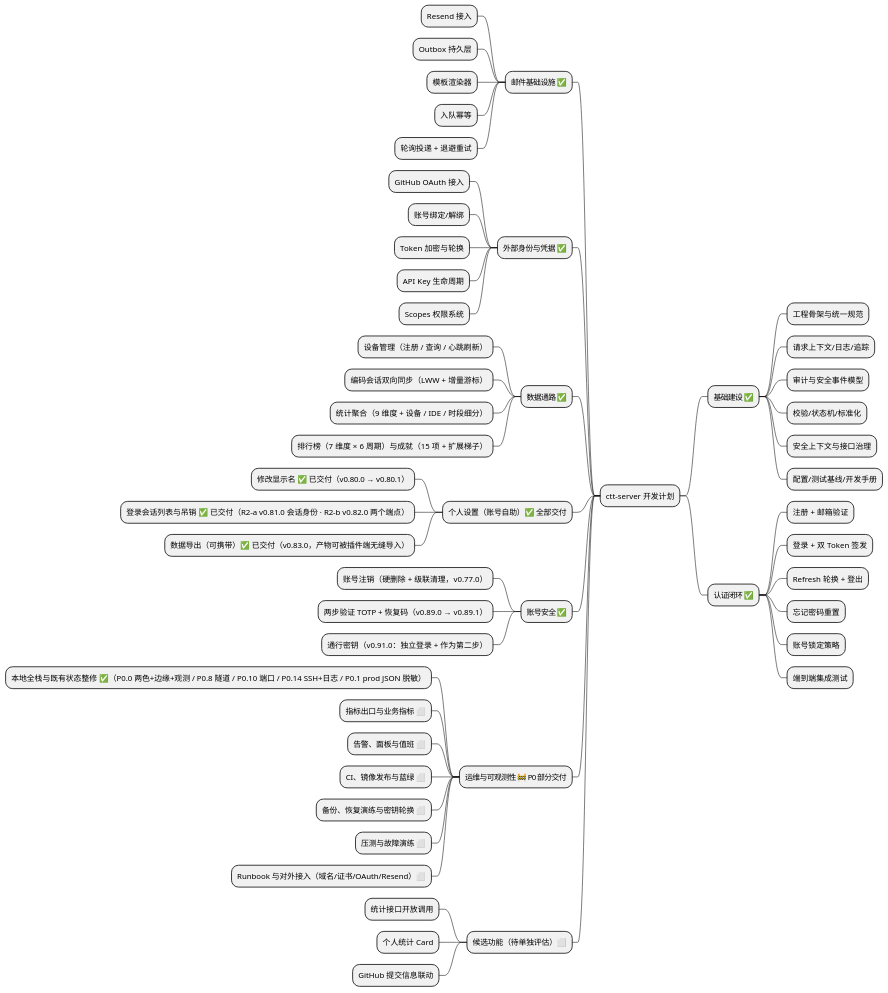
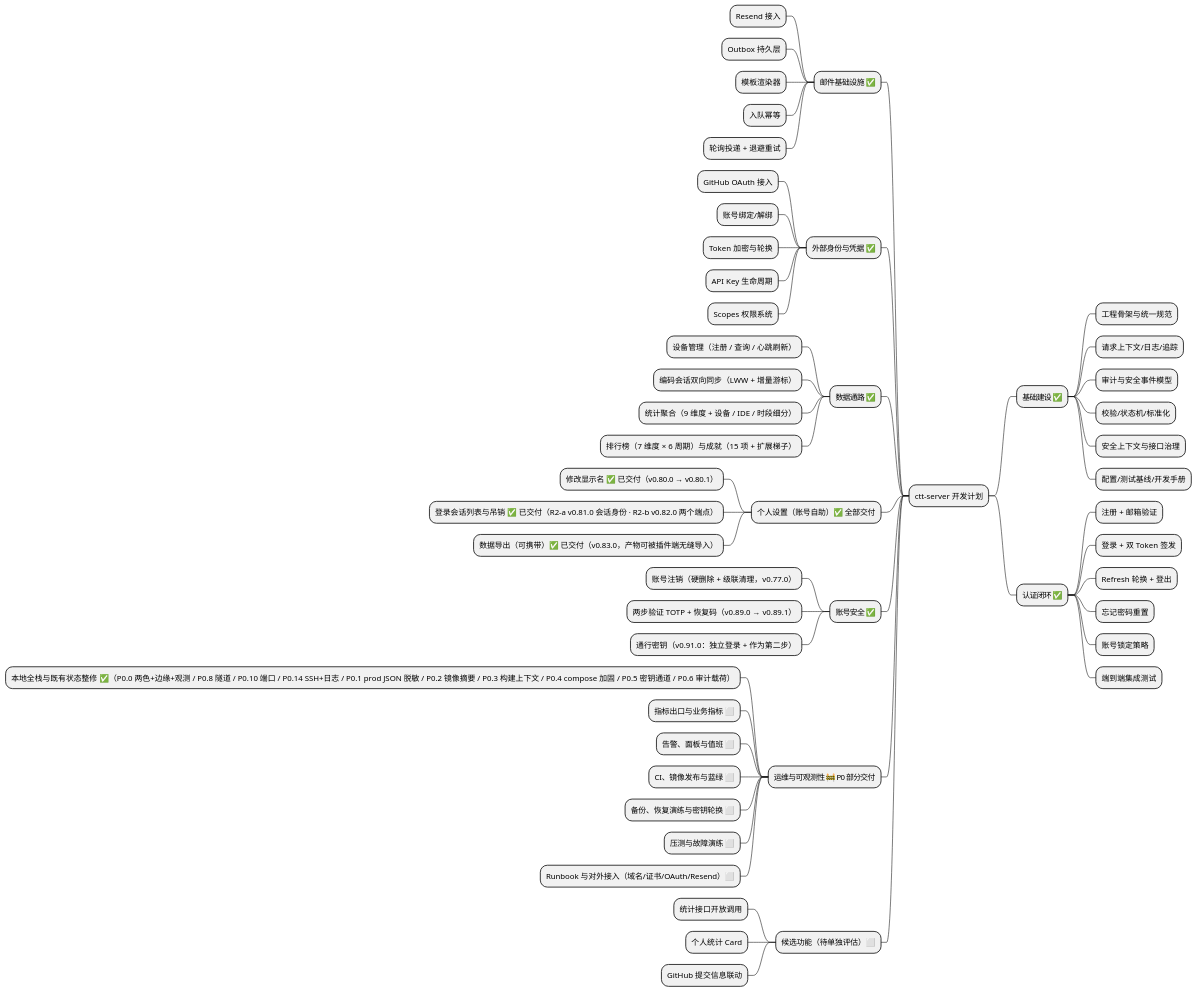
The first of 9 diagrams in .plans/ctt-server-development-plan.md (AhogeK/ctt-server), drawn with PlantUML before and after one commit. The commit also changed other lines of this file, not shown here.

````diff
--- a/.plans/ctt-server-development-plan.md
+++ b/.plans/ctt-server-development-plan.md
@@ -33,58 +33,58 @@
 ```plantuml
 @startmindmap
 * ctt-server 开发计划
 ** 基础建设 ✅
 *** 工程骨架与统一规范
 *** 请求上下文/日志/追踪
 *** 审计与安全事件模型
 *** 校验/状态机/标准化
 *** 安全上下文与接口治理
 *** 配置/测试基线/开发手册
 ** 认证闭环 ✅
 *** 注册 + 邮箱验证
 *** 登录 + 双 Token 签发
 *** Refresh 轮换 + 登出
 *** 忘记密码重置
 *** 账号锁定策略
 *** 端到端集成测试
 
 left side
 ** 邮件基础设施 ✅
 *** Resend 接入
 *** Outbox 持久层
 *** 模板渲染器
 *** 入队幂等
 *** 轮询投递 + 退避重试
 ** 外部身份与凭据 ✅
 *** GitHub OAuth 接入
 *** 账号绑定/解绑
 *** Token 加密与轮换
 *** API Key 生命周期
 *** Scopes 权限系统
 ** 数据通路 ✅
 *** 设备管理（注册 / 查询 / 心跳刷新）
 *** 编码会话双向同步（LWW + 增量游标）
 *** 统计聚合（9 维度 + 设备 / IDE / 时段细分）
 *** 排行榜（7 维度 × 6 周期）与成就（15 项 + 扩展梯子）
 ** 个人设置（账号自助）✅ 全部交付
 *** 修改显示名 ✅ 已交付（v0.80.0 → v0.80.1）
 *** 登录会话列表与吊销 ✅ 已交付（R2-a v0.81.0 会话身份 · R2-b v0.82.0 两个端点）
 *** 数据导出（可携带）✅ 已交付（v0.83.0，产物可被插件端无缝导入）
 ** 账号安全 ✅
 *** 账号注销（硬删除 + 级联清理，v0.77.0）
 *** 两步验证 TOTP + 恢复码（v0.89.0 → v0.89.1）
 *** 通行密钥（v0.91.0：独立登录 + 作为第二步）
 ** 运维与可观测性 🚧 P0 部分交付
-*** 本地全栈与既有状态整修 ✅（P0.0 两色+边缘+观测 / P0.8 隧道 / P0.10 端口 / P0.14 SSH+日志 / P0.1 prod JSON 脱敏）
+*** 本地全栈与既有状态整修 ✅（P0.0 两色+边缘+观测 / P0.8 隧道 / P0.10 端口 / P0.14 SSH+日志 / P0.1 prod JSON 脱敏 / P0.2 镜像摘要 / P0.3 构建上下文 / P0.4 compose 加固 / P0.5 密钥通道 / P0.6 审计载荷）
 *** 指标出口与业务指标 ⬜
 *** 告警、面板与值班 ⬜
 *** CI、镜像发布与蓝绿 ⬜
 *** 备份、恢复演练与密钥轮换 ⬜
 *** 压测与故障演练 ⬜
 *** Runbook 与对外接入（域名/证书/OAuth/Resend）⬜
 ** 候选功能（待单独评估）⬜
 *** 统计接口开放调用
 *** 个人统计 Card
 *** GitHub 提交信息联动
 @endmindmap
 ```
````
